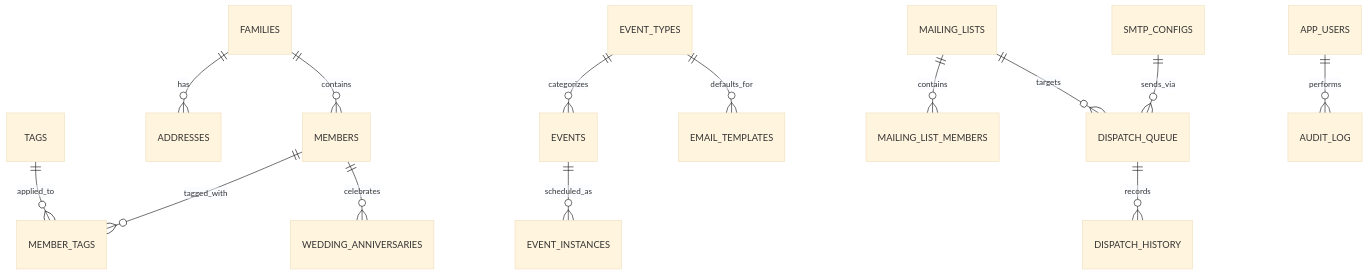
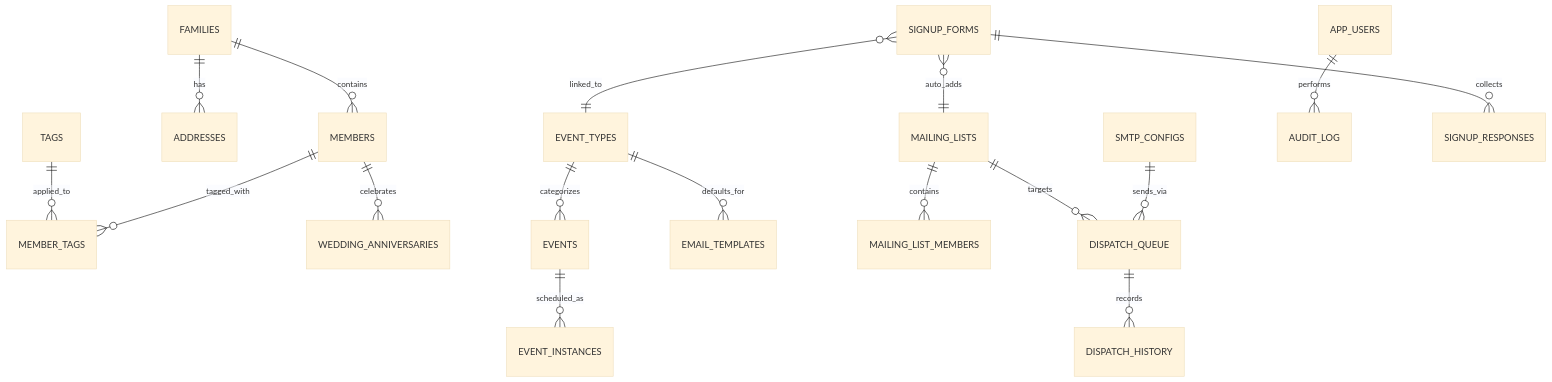
Before and after one commit to jpurusho/ccisr-connect: the second of 5 diagrams in README.md, drawn with Mermaid (base theme). The commit also changed other lines of this file, not shown here.

First line of the commit message:
docs: update README with signup forms, template styling, architecture diagrams

````diff
--- a/README.md
+++ b/README.md
@@ -94,16 +120,19 @@
 ```mermaid
 erDiagram
     FAMILIES ||--o{ MEMBERS : contains
     FAMILIES ||--o{ ADDRESSES : has
     MEMBERS ||--o{ MEMBER_TAGS : tagged_with
     TAGS ||--o{ MEMBER_TAGS : applied_to
     MEMBERS ||--o{ WEDDING_ANNIVERSARIES : celebrates
     EVENT_TYPES ||--o{ EVENTS : categorizes
     EVENTS ||--o{ EVENT_INSTANCES : scheduled_as
     EVENT_TYPES ||--o{ EMAIL_TEMPLATES : defaults_for
     MAILING_LISTS ||--o{ MAILING_LIST_MEMBERS : contains
     SMTP_CONFIGS ||--o{ DISPATCH_QUEUE : sends_via
     MAILING_LISTS ||--o{ DISPATCH_QUEUE : targets
     DISPATCH_QUEUE ||--o{ DISPATCH_HISTORY : records
     APP_USERS ||--o{ AUDIT_LOG : performs
+    SIGNUP_FORMS ||--o{ SIGNUP_RESPONSES : collects
+    SIGNUP_FORMS }o--|| EVENT_TYPES : linked_to
+    SIGNUP_FORMS }o--|| MAILING_LISTS : auto_adds
 ```
````
